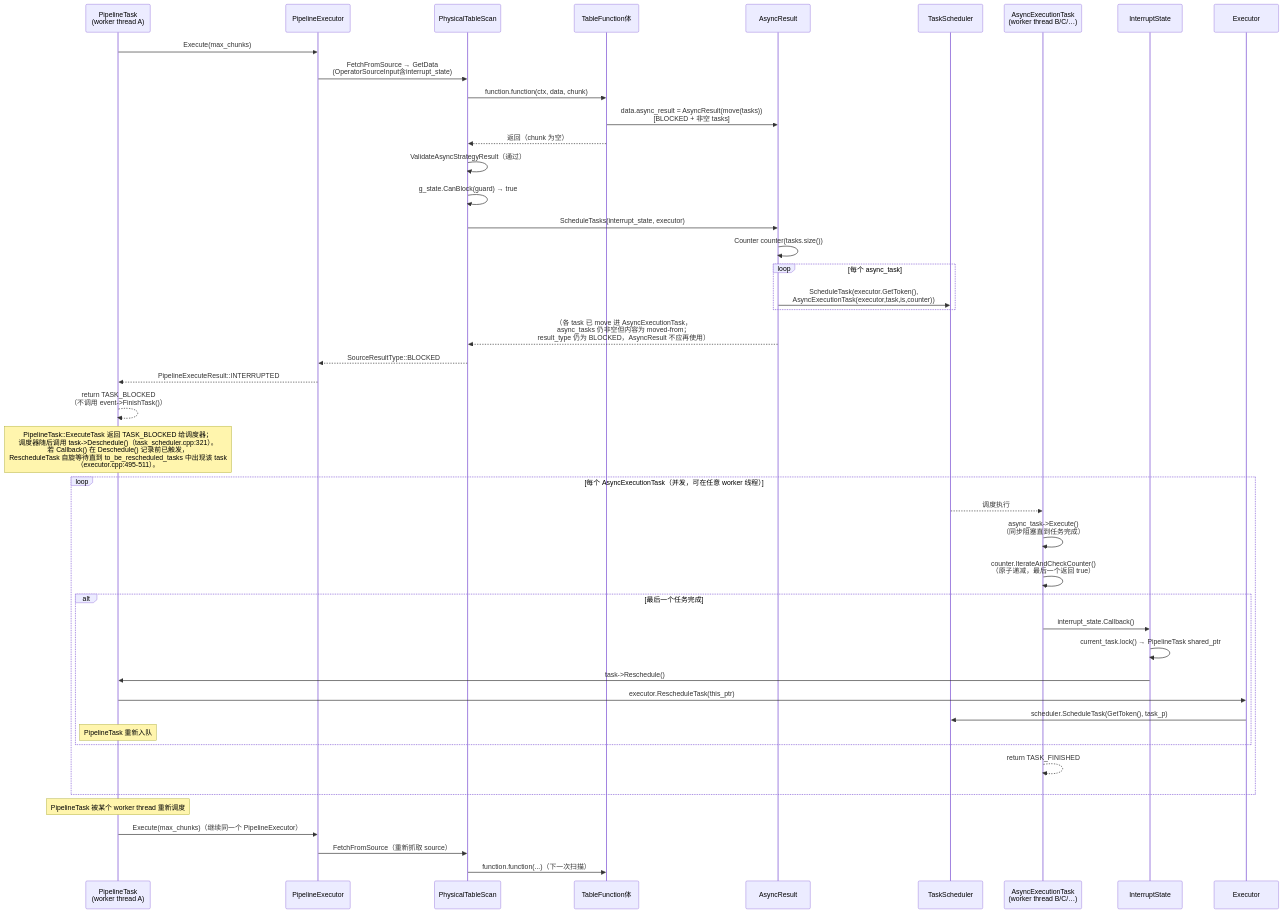
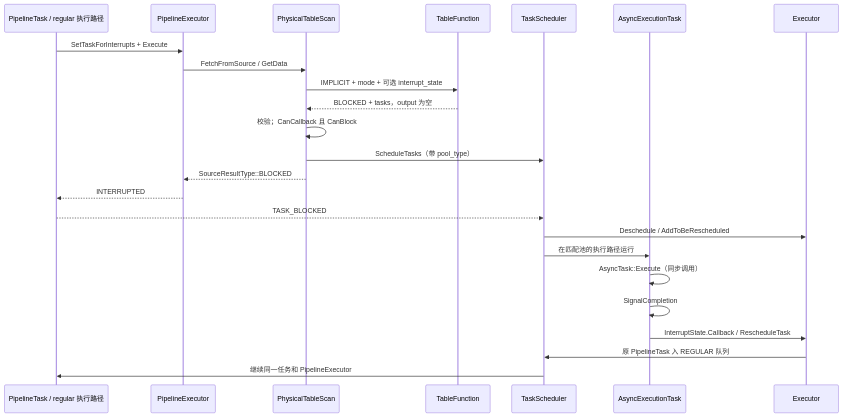
Before and after one commit to ybtsdst/duckdb: the diagram in dev_docs/ASYNC_TABLE_SCAN_PROTOCOL_INTERNALS.md, drawn with Mermaid. The commit also changed other lines of this file and 25 other files, not shown here.

````diff
--- a/dev_docs/ASYNC_TABLE_SCAN_PROTOCOL_INTERNALS.md
+++ b/dev_docs/ASYNC_TABLE_SCAN_PROTOCOL_INTERNALS.md
@@ -164,51 +81,26 @@
 ```mermaid
 sequenceDiagram
-    participant PT as PipelineTask<br/>(worker thread A)
+    participant PT as PipelineTask / regular 执行路径
     participant PE as PipelineExecutor
     participant PTS as PhysicalTableScan
-    participant TF as TableFunction体
-    participant AR as AsyncResult
+    participant TF as TableFunction
     participant TS as TaskScheduler
-    participant AET as AsyncExecutionTask<br/>(worker thread B/C/…)
-    participant IS as InterruptState
-    participant Exec as Executor
-
-    PT->>PE: Execute(max_chunks)
-    PE->>PTS: FetchFromSource → GetData<br/>(OperatorSourceInput含interrupt_state)
-    PTS->>TF: function.function(ctx, data, chunk)
-    TF->>AR: data.async_result = AsyncResult(move(tasks))<br/>[BLOCKED + 非空 tasks]
-    TF-->>PTS: 返回（chunk 为空）
-    PTS->>PTS: ValidateAsyncStrategyResult（通过）
-    PTS->>PTS: g_state.CanBlock(guard) → true
-    PTS->>AR: ScheduleTasks(interrupt_state, executor)
-    AR->>AR: Counter counter(tasks.size())
-    loop 每个 async_task
-        AR->>TS: ScheduleTask(executor.GetToken(),<br/>AsyncExecutionTask(executor,task,is,counter))
-    end
-    AR-->>PTS: （各 task 已 move 进 AsyncExecutionTask，<br/>async_tasks 仍非空但内容为 moved-from；<br/>result_type 仍为 BLOCKED，AsyncResult 不应再使用）
+    participant AT as AsyncExecutionTask
+    participant EX as Executor
+    PT->>PE: SetTaskForInterrupts + Execute
+    PE->>PTS: FetchFromSource / GetData
+    PTS->>TF: IMPLICIT + mode + 可选 interrupt_state
+    TF-->>PTS: BLOCKED + tasks，output 为空
+    PTS->>PTS: 校验；CanCallback 且 CanBlock
+    PTS->>TS: ScheduleTasks（带 pool_type）
     PTS-->>PE: SourceResultType::BLOCKED
-    PE-->>PT: PipelineExecuteResult::INTERRUPTED
-    PT-->>PT: return TASK_BLOCKED<br/>（不调用 event->FinishTask()）
-
-    Note over PT: PipelineTask::ExecuteTask 返回 TASK_BLOCKED 给调度器；<br/>调度器随后调用 task->Deschedule()（task_scheduler.cpp:321）。<br/>若 Callback() 在 Deschedule() 记录前已触发，<br/>RescheduleTask 自旋等待直到 to_be_rescheduled_tasks 中出现该 task<br/>（executor.cpp:495-511）。
-
-    loop 每个 AsyncExecutionTask（并发，可在任意 worker 线程）
-        TS-->>AET: 调度执行
-        AET->>AET: async_task->Execute()<br/>（同步阻塞直到任务完成）
-        AET->>AET: counter.IterateAndCheckCounter()<br/>（原子递减，最后一个返回 true）
-        alt 最后一个任务完成
-            AET->>IS: interrupt_state.Callback()
-            IS->>IS: current_task.lock() → PipelineTask shared_ptr
-            IS->>PT: task->Reschedule()
-            PT->>Exec: executor.RescheduleTask(this_ptr)
-            Exec->>TS: scheduler.ScheduleTask(GetToken(), task_p)
-            Note over PT: PipelineTask 重新入队
-        end
-        AET-->>AET: return TASK_FINISHED
-    end
-
-    Note over PT: PipelineTask 被某个 worker thread 重新调度
-    PT->>PE: Execute(max_chunks)（继续同一个 PipelineExecutor）
-    PE->>PTS: FetchFromSource（重新抓取 source）
-    PTS->>TF: function.function(...)（下一次扫描）
+    PE-->>PT: INTERRUPTED
+    PT-->>TS: TASK_BLOCKED
+    TS->>EX: Deschedule / AddToBeRescheduled
+    TS->>AT: 在匹配池的执行路径运行
+    AT->>AT: AsyncTask::Execute（同步调用）
+    AT->>AT: SignalCompletion
+    AT->>EX: InterruptState.Callback / RescheduleTask
+    EX->>TS: 原 PipelineTask 入 REGULAR 队列
+    TS->>PT: 继续同一任务和 PipelineExecutor
 ```
````
